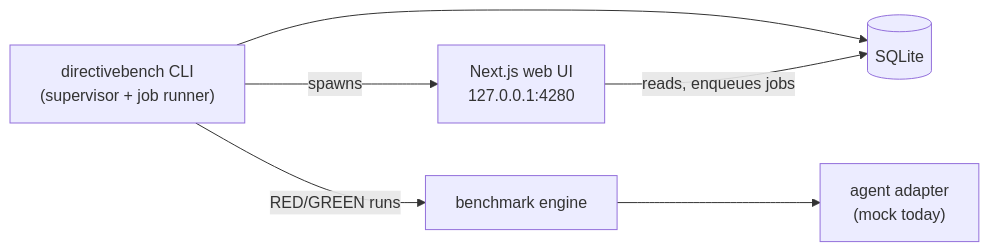
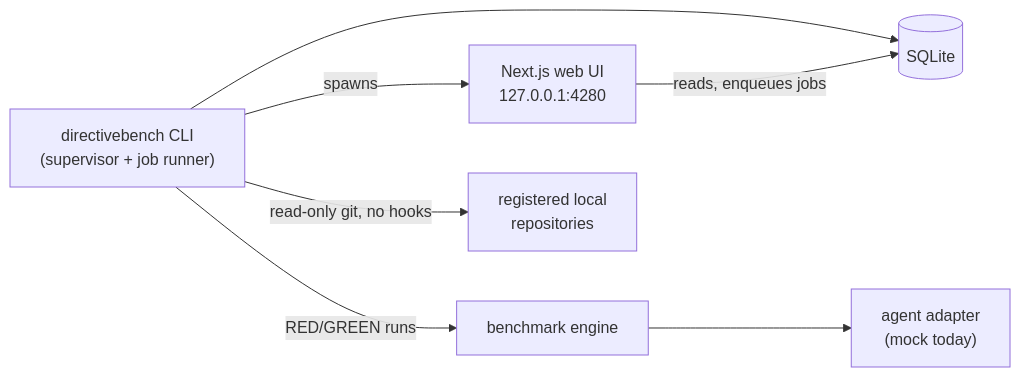
Before and after one commit to MetaX5/DirectiveBench: the diagram in README.md, drawn with Mermaid. The commit also changed other lines of this file, not shown here.

First line of the commit message:
docs(readme): reflect local repository registration and milestone 1

````diff
--- a/README.md
+++ b/README.md
@@ -41,7 +44,8 @@
 ```mermaid
 flowchart LR
     CLI["directivebench CLI\n(supervisor + job runner)"] -->|spawns| WEB["Next.js web UI\n127.0.0.1:4280"]
     CLI --> DB[("SQLite\n<data dir>")]
     WEB -->|reads, enqueues jobs| DB
     CLI -->|RED/GREEN runs| ENGINE["benchmark engine"] --> AGENT["agent adapter\n(mock today)"]
+    CLI -->|read-only git, no hooks| REPO["registered local\nrepositories"]
 ```
````
